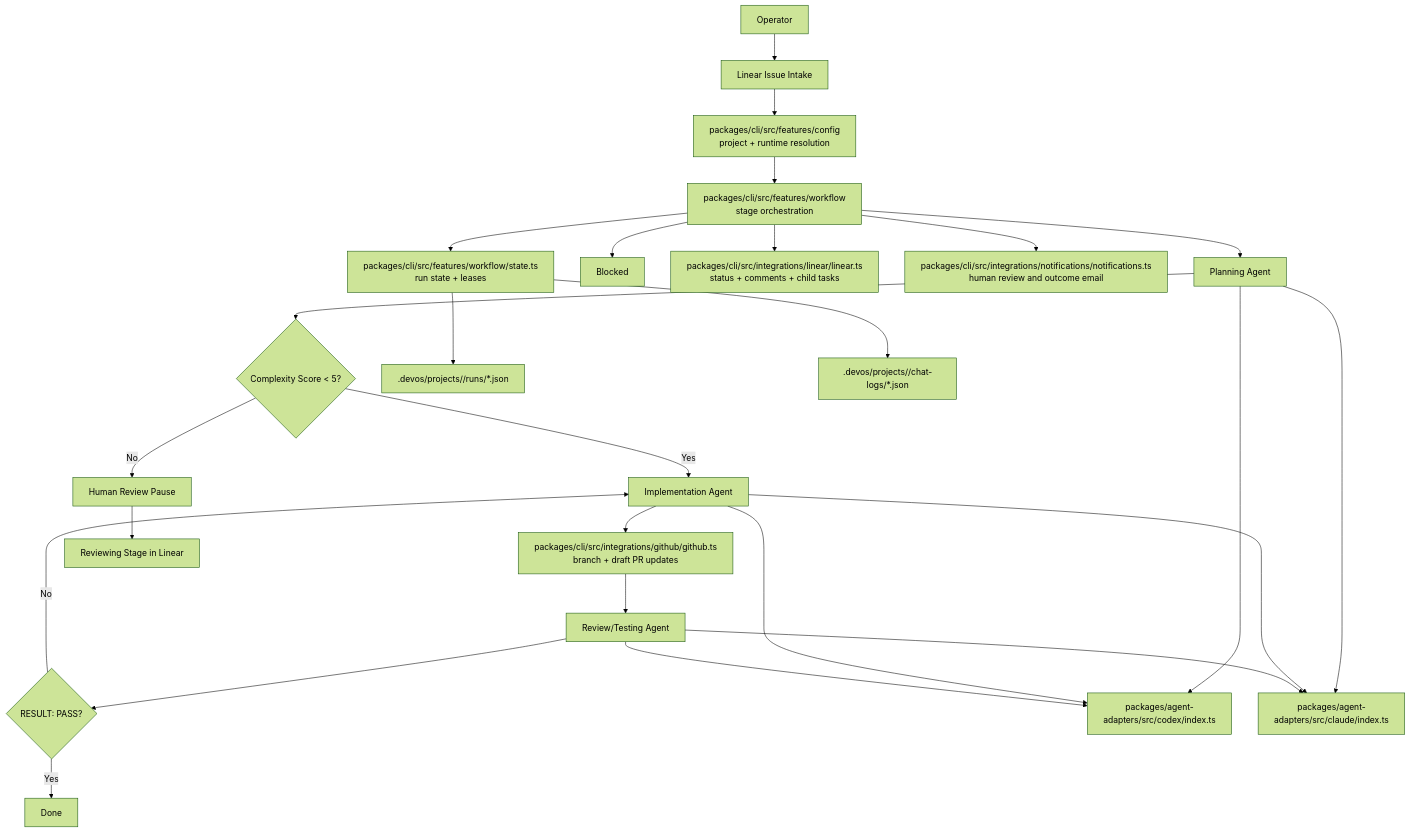
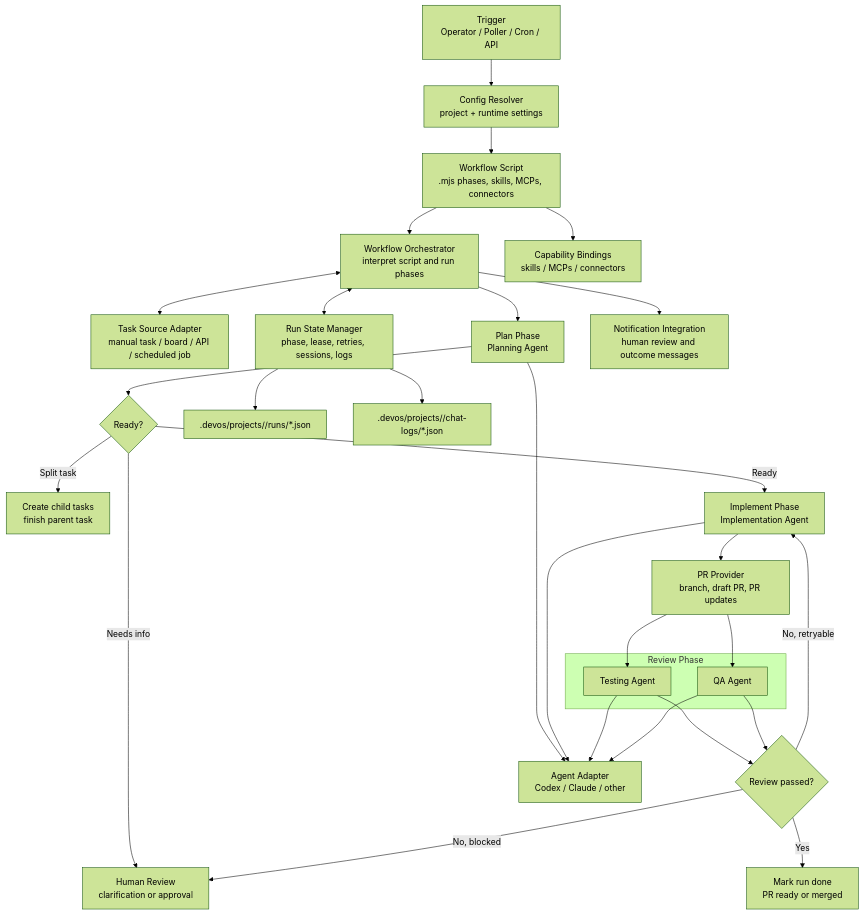
Before and after one commit to 0xroylee/ponytrails: the diagram in ARCHITECTURE.md, drawn with Mermaid (forest theme). The commit also changed other lines of this file, not shown here.

Commit message:
docs: simplify PIV workflow architecture

````diff
--- a/ARCHITECTURE.md
+++ b/ARCHITECTURE.md
@@ -31,36 +39,40 @@
 ```mermaid
 flowchart TD
-    operator[Operator] --> linearIssue[Linear Issue Intake]
-    linearIssue --> config[packages/cli/src/features/config<br/>project + runtime resolution]
-    config --> workflow[packages/cli/src/features/workflow<br/>stage orchestration]
+    trigger[Trigger<br/>Operator / Poller / Cron / API] --> config[Config Resolver<br/>project + runtime settings]
+    config --> script[Workflow Script<br/>.mjs phases, skills, MCPs, connectors]
+    script --> orchestrator[Workflow Orchestrator<br/>interpret script and run phases]
 
-    workflow --> planning[Planning Agent]
-    planning --> complexity{Complexity Score < 5?}
+    orchestrator <--> taskSource[Task Source Adapter<br/>manual task / board / API / scheduled job]
+    orchestrator <--> state[Run State Manager<br/>phase, lease, retries, sessions, logs]
 
-    complexity -->|Yes| implementing[Implementation Agent]
-    complexity -->|No| humanReview[Human Review Pause]
+    orchestrator --> plan[Plan Phase<br/>Planning Agent]
+    plan --> planDecision{Ready?}
+    planDecision -->|Needs info| humanReview[Human Review<br/>clarification or approval]
+    planDecision -->|Split task| childTasks[Create child tasks<br/>finish parent task]
+    planDecision -->|Ready| implement[Implement Phase<br/>Implementation Agent]
 
-    implementing --> github[packages/cli/src/integrations/github/github.ts<br/>branch + draft PR updates]
-    github --> reviewTesting[Review/Testing Agent]
+    implement --> prProvider[PR Provider<br/>branch, draft PR, PR updates]
+    prProvider --> testing
+    prProvider --> qa
 
-    reviewTesting --> reviewPass{RESULT: PASS?}
-    reviewPass -->|No| implementing
-    reviewPass -->|Yes| done[Done]
+    subgraph reviewPhase [Review Phase]
+        testing[Testing Agent]
+        qa[QA Agent]
+    end
 
-    workflow --> blocked[Blocked]
-    humanReview --> reviewingStage[Reviewing Stage in Linear]
+    testing --> reviewDecision{Review passed?}
+    qa --> reviewDecision
 
-    workflow --> linearSvc[packages/cli/src/integrations/linear/linear.ts<br/>status + comments + child tasks]
-    workflow --> notify[packages/cli/src/integrations/notifications/notifications.ts<br/>human review and outcome email]
-    workflow --> state[packages/cli/src/features/workflow/state.ts<br/>run state + leases]
+    reviewDecision -->|No, retryable| implement
+    reviewDecision -->|No, blocked| humanReview
+    reviewDecision -->|Yes| done[Mark run done<br/>PR ready or merged]
 
+    orchestrator --> notify[Notification Integration<br/>human review and outcome messages]
+    plan --> agentAdapter[Agent Adapter<br/>Codex / Claude / other]
+    implement --> agentAdapter
+    testing --> agentAdapter
+    qa --> agentAdapter
+    script --> capabilities[Capability Bindings<br/>skills / MCPs / connectors]
     state --> runFiles[.devos/projects/<project-id>/runs/*.json]
     state --> chatLogs[.devos/projects/<project-id>/chat-logs/*.json]
-
-    planning --> codexAdapter[packages/agent-adapters/src/codex/index.ts]
-    planning --> claudeAdapter[packages/agent-adapters/src/claude/index.ts]
-    implementing --> codexAdapter
-    implementing --> claudeAdapter
-    reviewTesting --> codexAdapter
-    reviewTesting --> claudeAdapter
 ```
````
